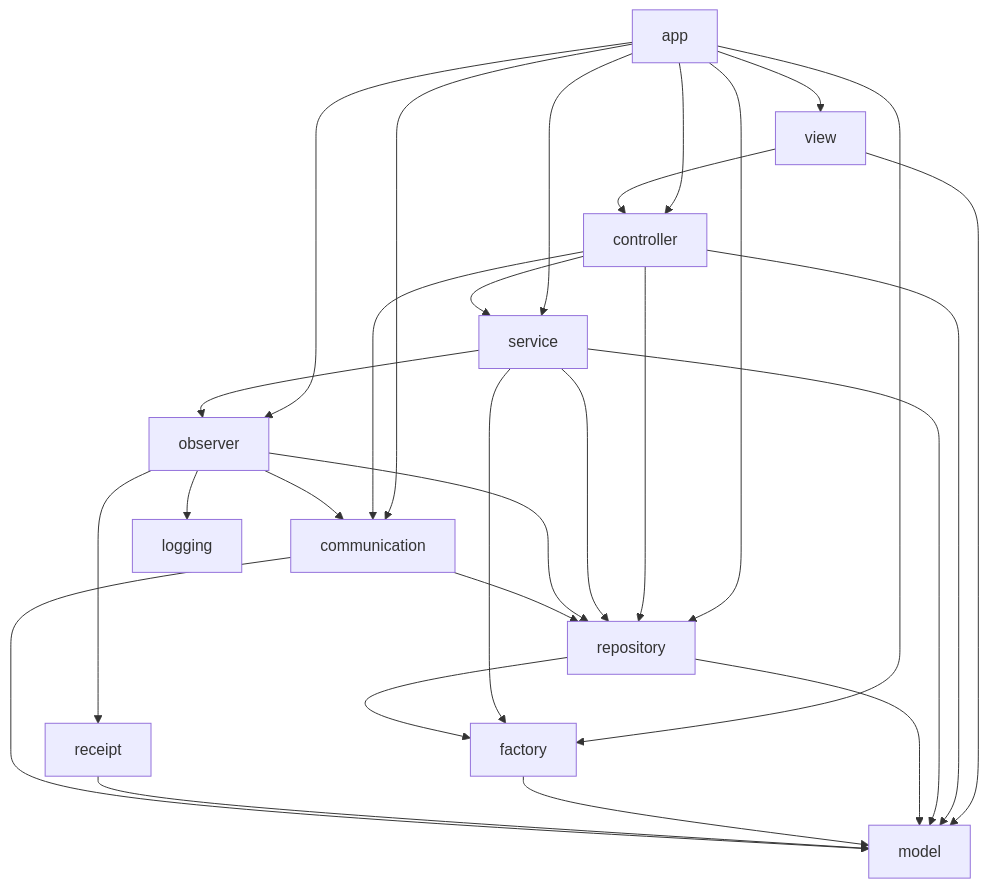
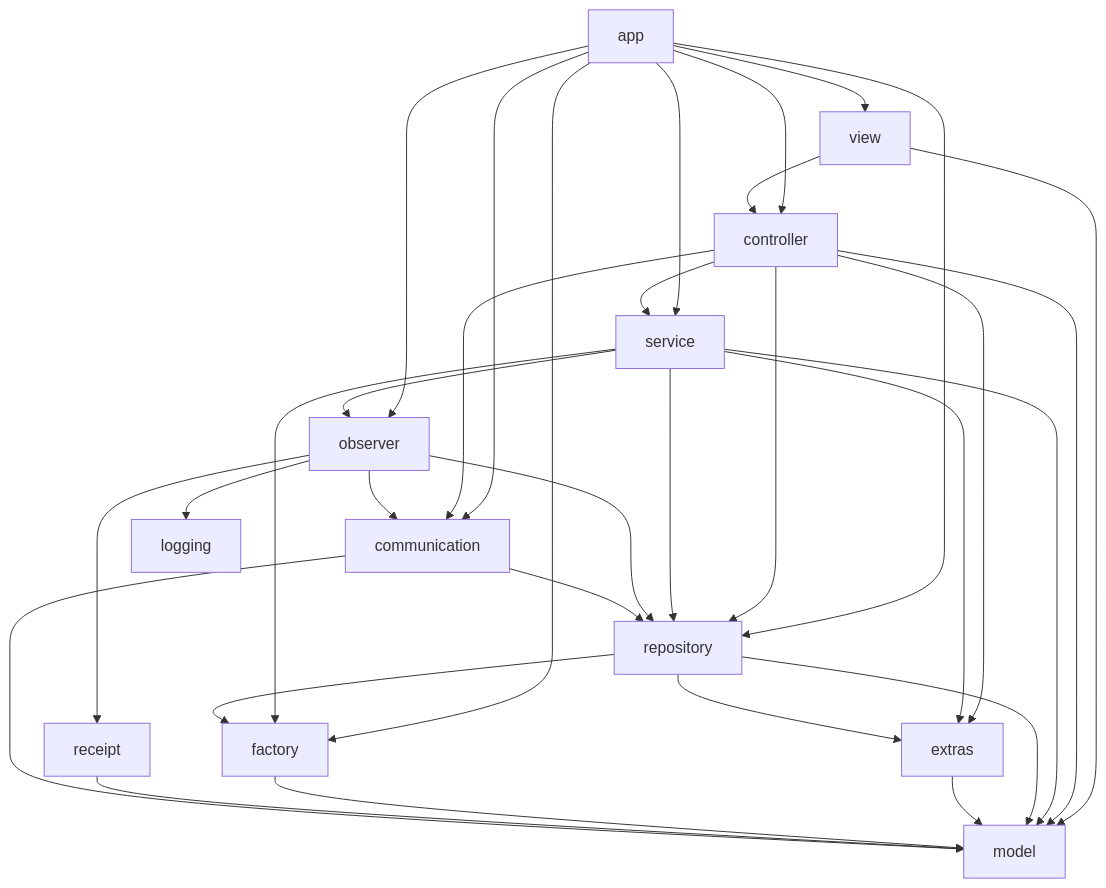
The second of 6 diagrams in docs/architecture.md (Abdallah1707/Ripple), drawn with Mermaid before and after one commit. The commit also changed other lines of this file and 28 other files, not shown here.

````diff
--- a/docs/architecture.md
+++ b/docs/architecture.md
@@ -78,30 +78,34 @@
 ```mermaid
 flowchart TD
     app --> view
     app --> controller
     app --> service
     app --> repository
     app --> communication
     app --> observer
     app --> factory
     view --> controller
     view --> model
     controller --> service
     controller --> repository
     controller --> communication
+    controller --> extras
     controller --> model
     service --> factory
     service --> observer
     service --> repository
+    service --> extras
     service --> model
     observer --> receipt
     observer --> communication
     observer --> logging
     observer --> repository
     repository --> factory
+    repository --> extras
     repository --> model
+    extras --> model
     factory --> model
     receipt --> model
     communication --> model
     communication --> repository
 ```
````
